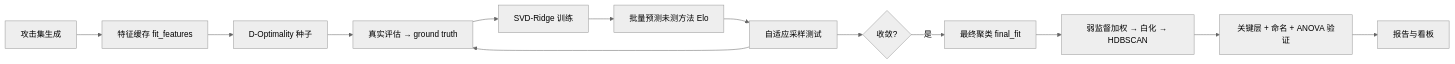
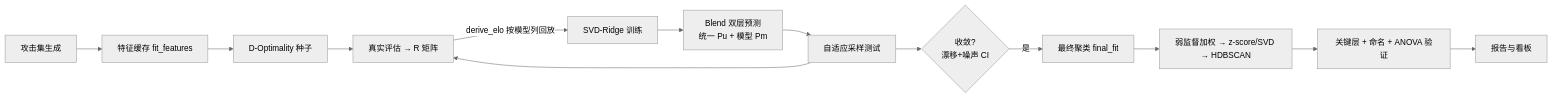
One commit to JINXia-hz/LLMSafetyTester changed the diagram in docs/攻击特征与聚类深度研究报告.md. Above: the diagram before and after it, drawn with Mermaid (neutral theme). The commit also changed other lines of this file and 84 other files, not shown here.

````diff
--- a/docs/攻击特征与聚类深度研究报告.md
+++ b/docs/攻击特征与聚类深度研究报告.md
@@ -18,15 +19,15 @@
 ```mermaid
 graph LR
     A[攻击集生成] --> B[特征缓存 fit_features]
     B --> C[D-Optimality 种子]
-    C --> D[真实评估 → ground truth]
-    D --> E[SVD-Ridge 训练]
-    E --> F[批量预测未测方法 Elo]
+    C --> D[真实评估 → R 矩阵]
+    D -->|derive_elo 按模型列回放| E[SVD-Ridge 训练]
+    E --> F[Blend 双层预测<br/>统一 Pu + 模型 Pm]
     F --> G[自适应采样测试]
     G --> D
-    G --> H{收敛?}
+    G --> H{收敛?<br/>漂移+噪声 CI}
     H -->|是| I[最终聚类 final_fit]
-    I --> J[弱监督加权 → 白化 → HDBSCAN]
+    I --> J[弱监督加权 → z-score/SVD → HDBSCAN]
     J --> K[关键层 + 命名 + ANOVA 验证]
     K --> L[报告与看板]
 ```
````
